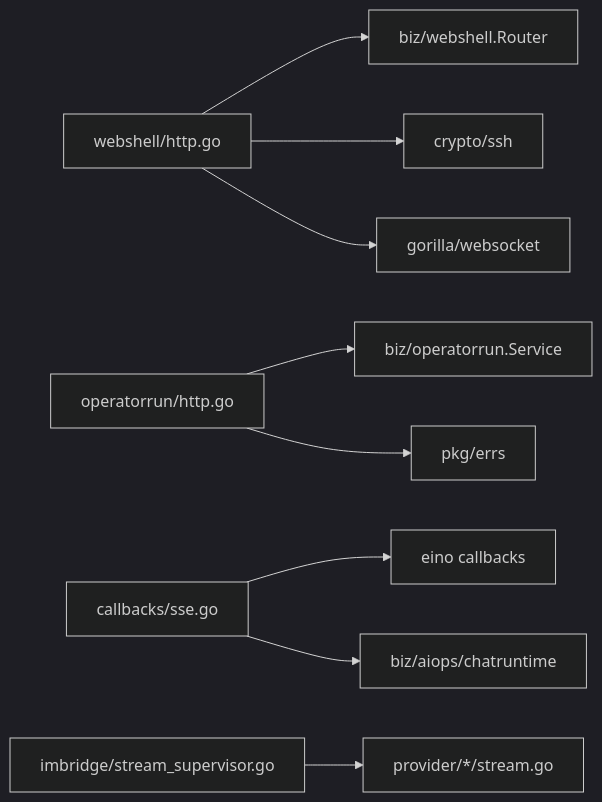
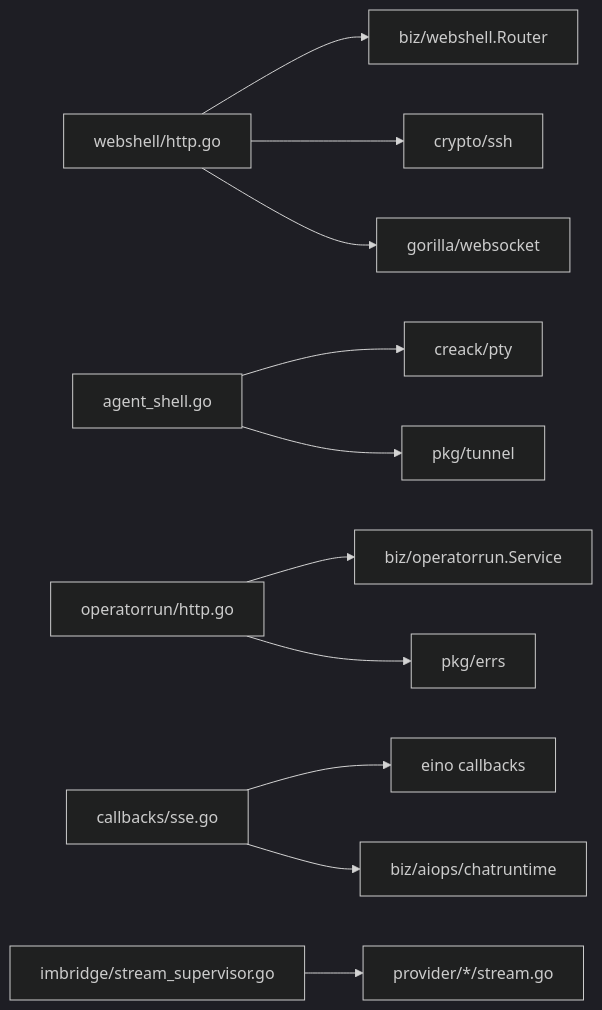
One commit to xied1133-oss/ongrid changed the eighth of 8 diagrams in .qoder/repowiki/zh/content/前端应用/API 集成/实时通信.md. Above: the diagram before and after it, drawn with Mermaid (dark theme). The commit also changed other lines of this file and 131 other files, not shown here.

````diff
--- a/.qoder/repowiki/zh/content/前端应用/API 集成/实时通信.md
+++ b/.qoder/repowiki/zh/content/前端应用/API 集成/实时通信.md
@@ -323,11 +411,13 @@
 ```mermaid
 graph LR
 WS_HTTP["webshell/http.go"] --> BizRouter["biz/webshell.Router"]
 WS_HTTP --> SSH["crypto/ssh"]
 WS_HTTP --> WSC["gorilla/websocket"]
+AGENT["agent_shell.go"] --> PTY["creack/pty"]
+AGENT --> TUNNEL["pkg/tunnel"]
 OP_HTTP["operatorrun/http.go"] --> BizSvc["biz/operatorrun.Service"]
 OP_HTTP --> Errs["pkg/errs"]
 SSE_CB["callbacks/sse.go"] --> Eino["eino callbacks"]
 SSE_CB --> Runtime["biz/aiops/chatruntime"]
 IM_SUPER["imbridge/stream_supervisor.go"] --> Providers["provider/*/stream.go"]
 ```
````
